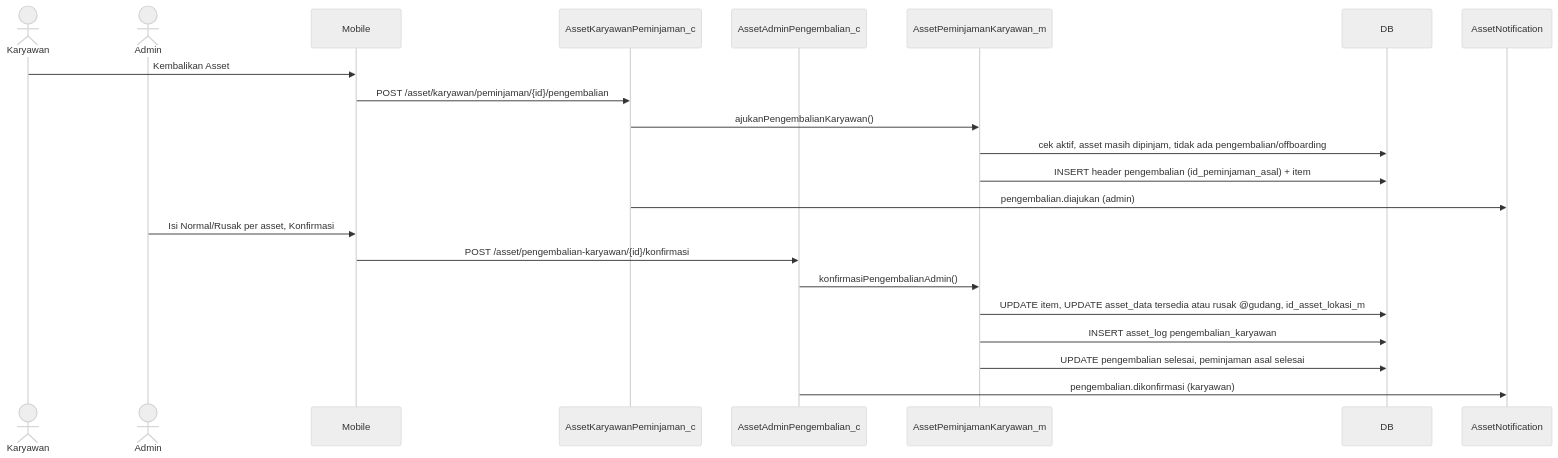
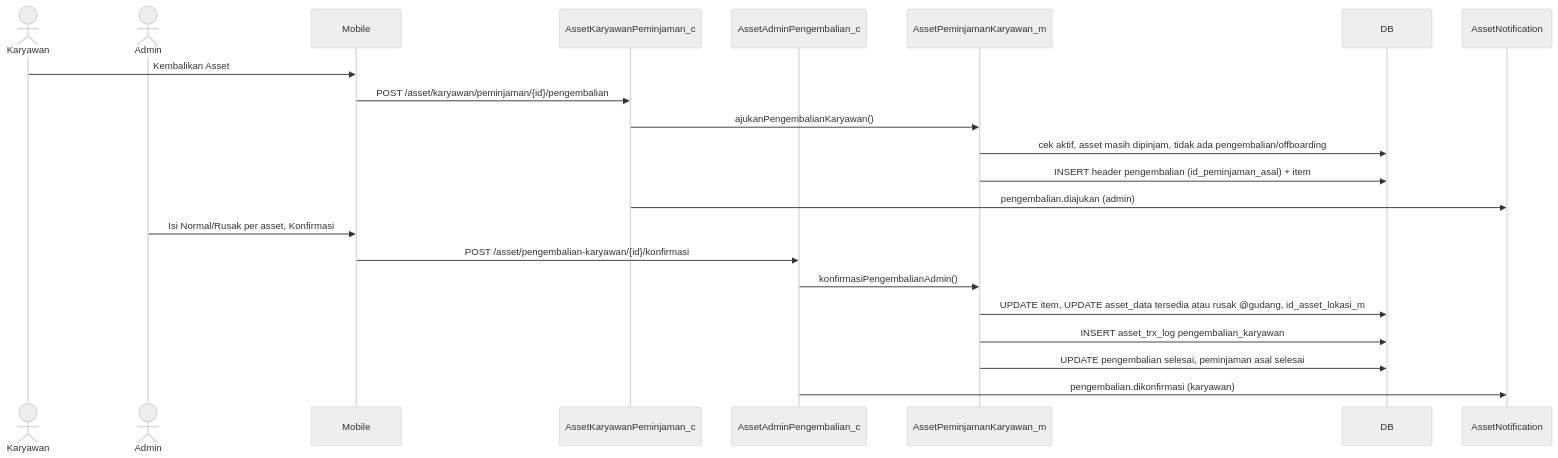
One commit to setiyawan12/DOKUMENTASI-ASSET changed the third of 5 diagrams in dokumentasi-asset-peminjaman-karyawan.md. Above: the diagram before and after it, drawn with Mermaid (neutral theme). The commit also changed other lines of this file and 34 other files, not shown here.

````diff
--- a/dokumentasi-asset-peminjaman-karyawan.md
+++ b/dokumentasi-asset-peminjaman-karyawan.md
@@ -313,25 +313,25 @@
 ```mermaid
 sequenceDiagram
     actor K as Karyawan
     actor A as Admin
     participant M as Mobile
     participant CK as AssetKaryawanPeminjaman_c
     participant CA as AssetAdminPengembalian_c
     participant P as AssetPeminjamanKaryawan_m
     participant DB
     participant N as AssetNotification
 
     K->>M: Kembalikan Asset
     M->>CK: POST /asset/karyawan/peminjaman/{id}/pengembalian
     CK->>P: ajukanPengembalianKaryawan()
     P->>DB: cek aktif, asset masih dipinjam, tidak ada pengembalian/offboarding
     P->>DB: INSERT header pengembalian (id_peminjaman_asal) + item
     CK->>N: pengembalian.diajukan (admin)
     A->>M: Isi Normal/Rusak per asset, Konfirmasi
     M->>CA: POST /asset/pengembalian-karyawan/{id}/konfirmasi
     CA->>P: konfirmasiPengembalianAdmin()
     P->>DB: UPDATE item, UPDATE asset_data tersedia atau rusak @gudang, id_asset_lokasi_m
-    P->>DB: INSERT asset_log pengembalian_karyawan
+    P->>DB: INSERT asset_trx_log pengembalian_karyawan
     P->>DB: UPDATE pengembalian selesai, peminjaman asal selesai
     CA->>N: pengembalian.dikonfirmasi (karyawan)
 ```
````
